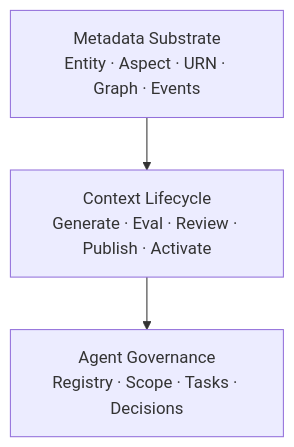
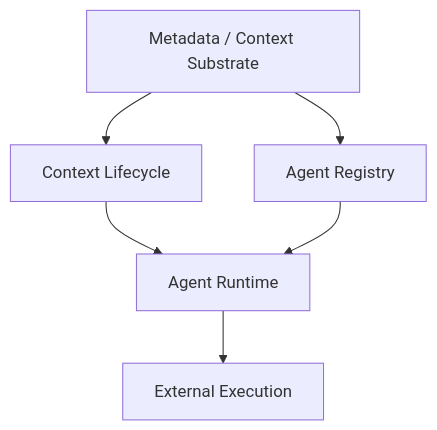
One commit to XiaoWeiKIN/datahub-research changed the diagram in docs/product-mapping/README.md. Above: the diagram before and after it, drawn with Mermaid. The commit also changed other lines of this file, not shown here.

Commit message:
docs: add agent governance product mapping

```diff
--- a/docs/product-mapping/README.md
+++ b/docs/product-mapping/README.md
@@ -35,8 +22,14 @@
 ~~~mermaid
 flowchart TB
-    CORE[Metadata Substrate<br/>Entity · Aspect · URN · Graph · Events]
-    LIFE[Context Lifecycle<br/>Generate · Eval · Review · Publish · Activate]
-    AG[Agent Governance<br/>Registry · Scope · Tasks · Decisions]
+    SUB[Metadata / Context Substrate]
+    LIFE[Context Lifecycle]
+    REG[Agent Registry]
+    RUN[Agent Runtime]
+    EXT[External Execution]
 
-    CORE --> LIFE --> AG
+    SUB --> LIFE
+    SUB --> REG
+    LIFE --> RUN
+    REG --> RUN
+    RUN --> EXT
 ~~~
```
